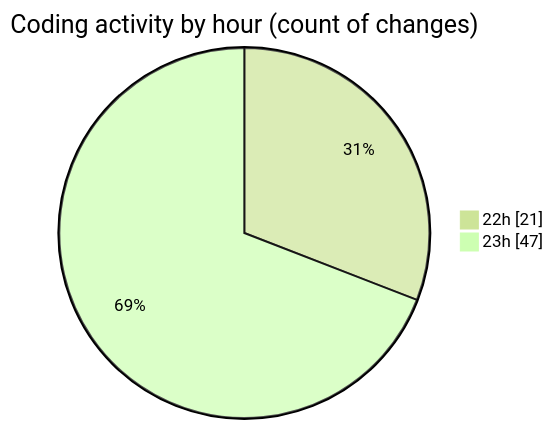
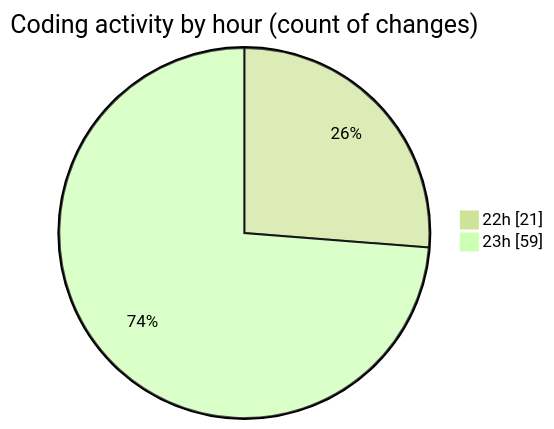
One commit to Ritupan-Deka/code-tracking changed the second of 2 diagrams in 2025-07-22/javascript/README.md. Above: the diagram before and after it, drawn with Mermaid (forest theme). The commit also changed other lines of this file and 1 other file, not shown here.

````diff
--- a/2025-07-22/javascript/README.md
+++ b/2025-07-22/javascript/README.md
@@ -29,6 +29,6 @@
 ```mermaid
 pie showData
 title Coding activity by hour (count of changes)
 "22h" : 21
-"23h" : 47
+"23h" : 59
 ```
````
